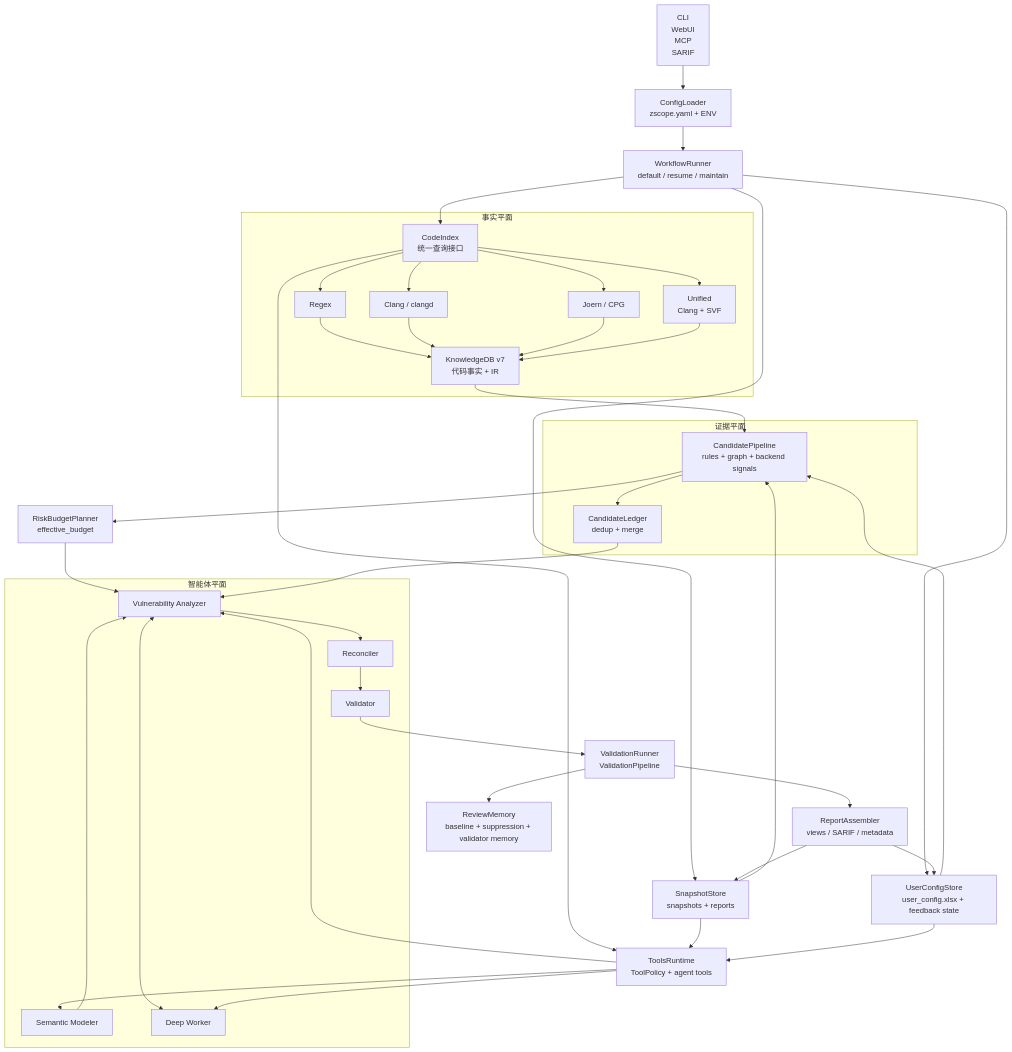
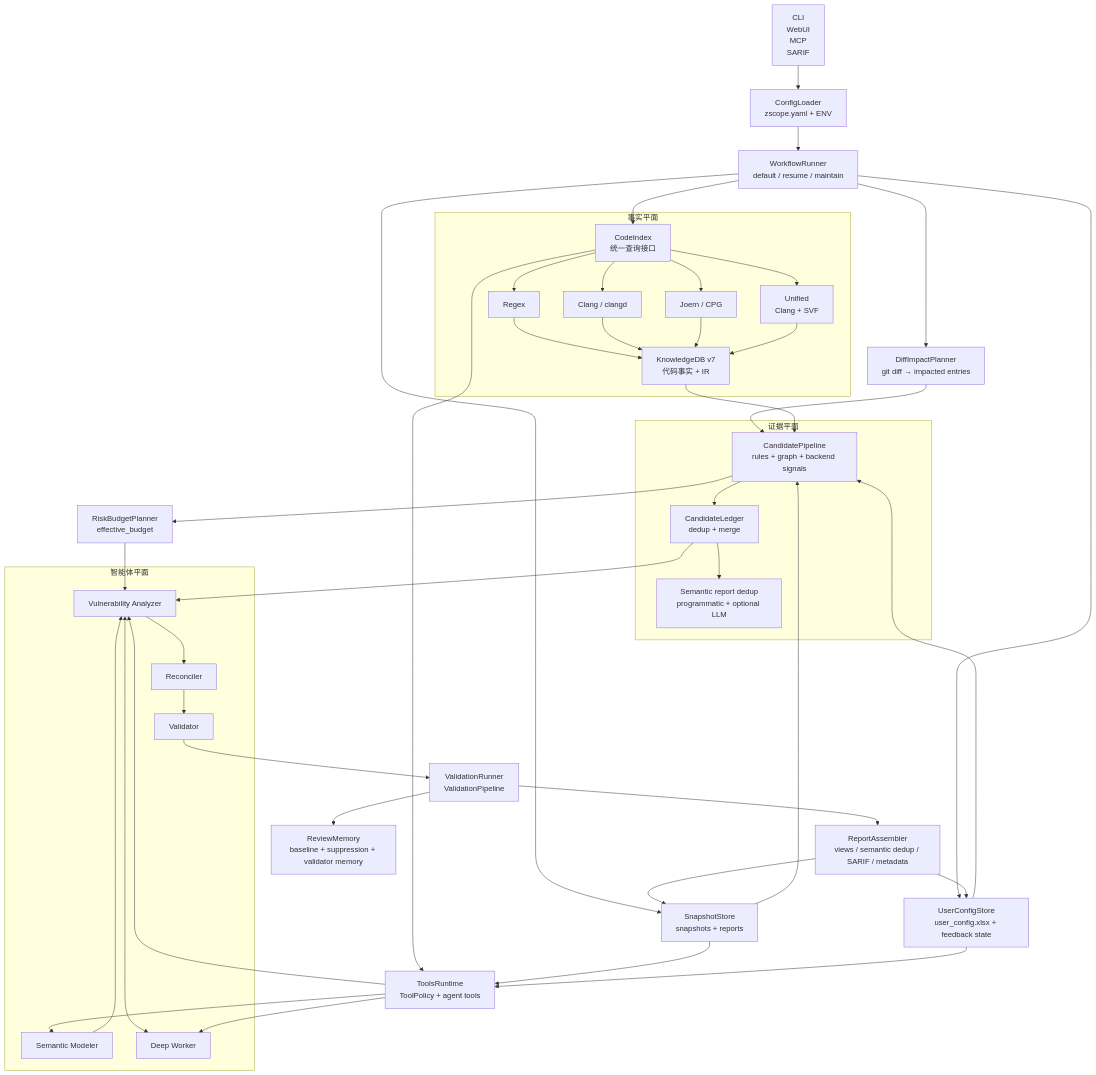
The diagram in docs/architecture.md (zealousness/Z-Scope), drawn with Mermaid before and after one commit. The commit also changed other lines of this file and 64 other files, not shown here.

````diff
--- a/docs/architecture.md
+++ b/docs/architecture.md
@@ -44,66 +44,70 @@
 ```mermaid
 flowchart TB
     Ingress["CLI<br/>WebUI<br/>MCP<br/>SARIF"]
     Config["ConfigLoader<br/>zscope.yaml + ENV"]
     Workflow["WorkflowRunner<br/>default / resume / maintain"]
+    DiffImpact["DiffImpactPlanner<br/>git diff → impacted entries"]
 
     subgraph FactPlane["事实平面"]
         Index["CodeIndex<br/>统一查询接口"]
         Regex["Regex"]
         Clang["Clang / clangd"]
         Joern["Joern / CPG"]
         Unified["Unified<br/>Clang + SVF"]
         KDB["KnowledgeDB v7<br/>代码事实 + IR"]
     end
 
     subgraph EvidencePlane["证据平面"]
         Candidate["CandidatePipeline<br/>rules + graph + backend signals"]
         Ledger["CandidateLedger<br/>dedup + merge"]
+        SemanticDedup["Semantic report dedup<br/>programmatic + optional LLM"]
     end
 
     Budget["RiskBudgetPlanner<br/>effective_budget"]
     subgraph AgentPlane["智能体平面"]
         Modeler["Semantic Modeler"]
         Analyzer["Vulnerability Analyzer"]
         Worker["Deep Worker"]
         Reconciler["Reconciler"]
         Validator["Validator"]
     end
 
     Validation["ValidationRunner<br/>ValidationPipeline"]
     ReviewMemory["ReviewMemory<br/>baseline + suppression + validator memory"]
     Tools["ToolsRuntime<br/>ToolPolicy + agent tools"]
     Snapshot["SnapshotStore<br/>snapshots + reports"]
     UserCfg["UserConfigStore<br/>user_config.xlsx + feedback state"]
-    Report["ReportAssembler<br/>views / SARIF / metadata"]
+    Report["ReportAssembler<br/>views / semantic dedup / SARIF / metadata"]
 
     Ingress --> Config --> Workflow
+    Workflow --> DiffImpact --> Candidate
     Workflow --> Index
     Index --> Regex --> KDB
     Index --> Clang --> KDB
     Index --> Joern --> KDB
     Index --> Unified --> KDB
     Workflow --> Snapshot
     Workflow --> UserCfg
     KDB --> Candidate
     Snapshot --> Candidate
     UserCfg --> Candidate
     Candidate --> Ledger
+    Ledger --> SemanticDedup
     Candidate --> Budget
     Budget --> Analyzer
     Ledger --> Analyzer
     Modeler --> Analyzer
     Analyzer <--> Worker
     Analyzer --> Reconciler --> Validator
     Validator --> Validation
     Validation --> ReviewMemory
     Tools --> Modeler
     Tools --> Analyzer
     Tools --> Worker
     Index --> Tools
     Snapshot --> Tools
     UserCfg --> Tools
     Validation --> Report
     Report --> Snapshot
     Report --> UserCfg
 ```
````
